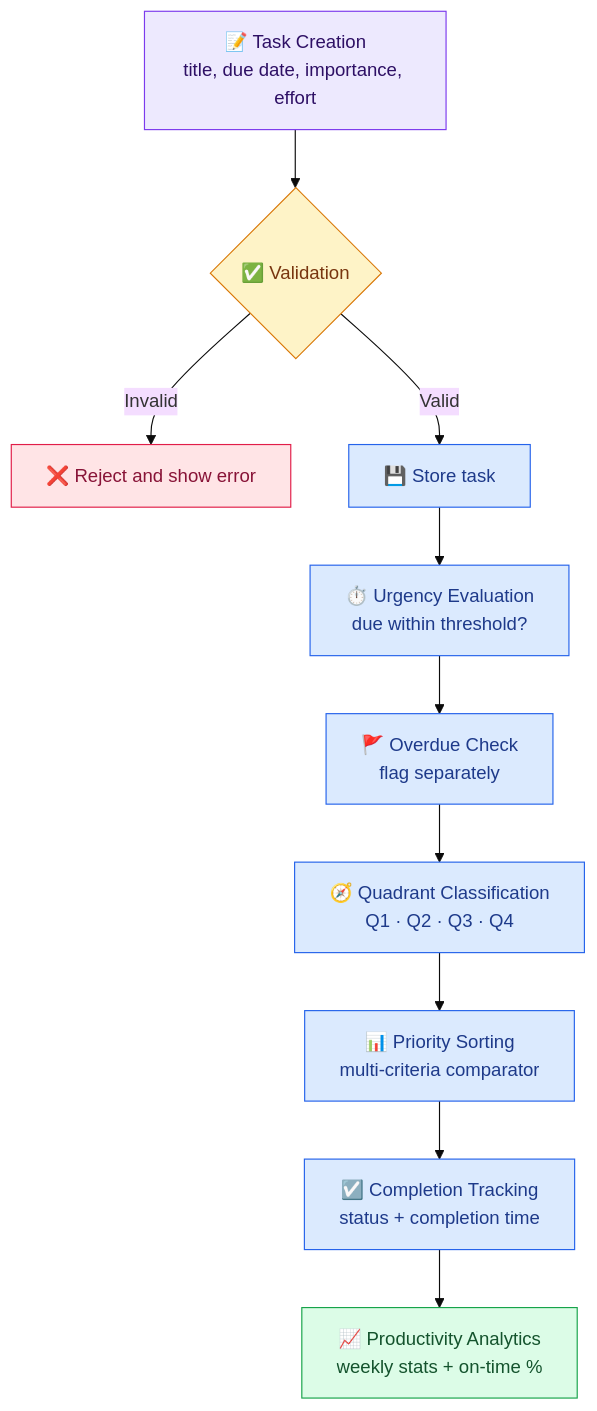
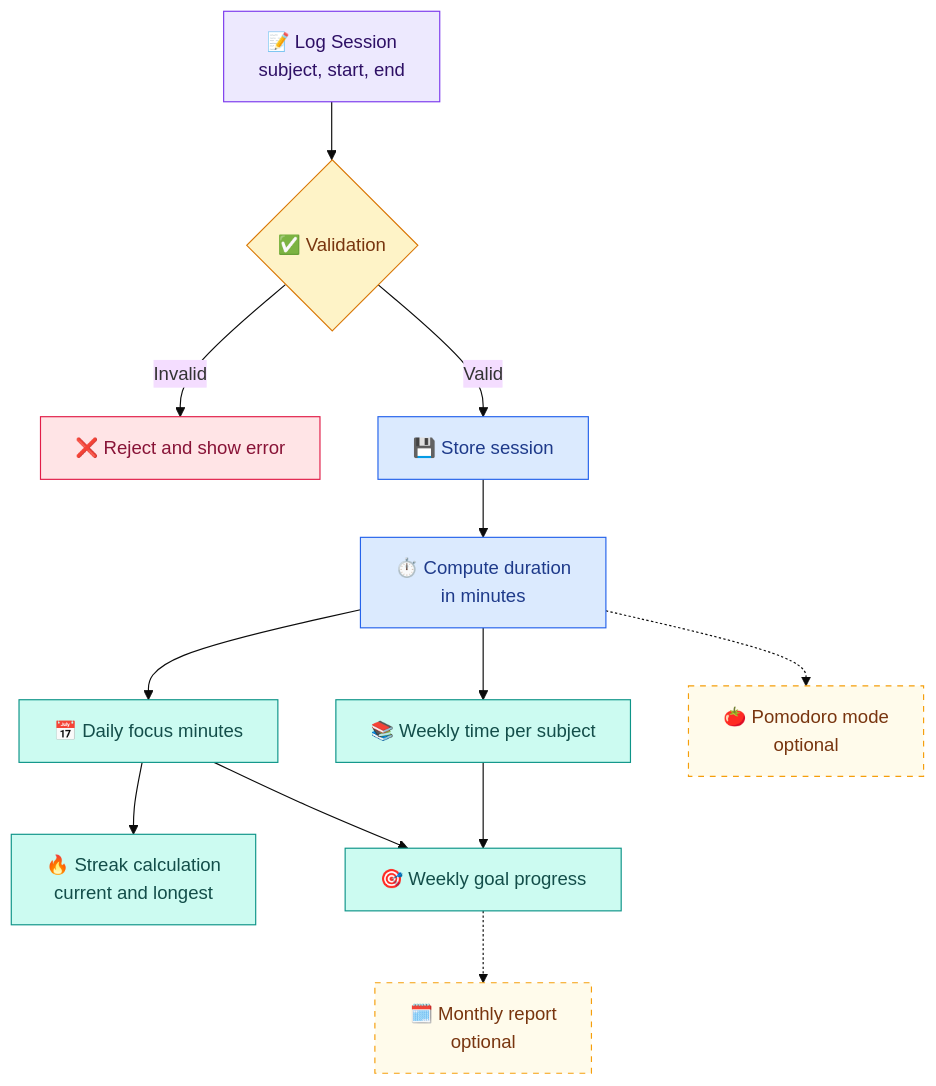
Before and after one commit to sushantshetty09/FocusFlow: the first of 2 diagrams in README.md, drawn with Mermaid (base theme). The commit also changed other lines of this file, not shown here.

First line of the commit message:
Rename project to FocusFlow and update details

````diff
--- a/README.md
+++ b/README.md
@@ -98,24 +73,28 @@
 ```mermaid
 flowchart TD
-    A["📝 Task Creation<br/>title, due date, importance, effort"] --> B{"✅ Validation"}
+    A["📝 Log Session<br/>subject, start, end"] --> B{"✅ Validation"}
     B -- Invalid --> X["❌ Reject and show error"]
-    B -- Valid --> C["💾 Store task"]
-    C --> D["⏱️ Urgency Evaluation<br/>due within threshold?"]
-    D --> E["🚩 Overdue Check<br/>flag separately"]
-    E --> F["🧭 Quadrant Classification<br/>Q1 · Q2 · Q3 · Q4"]
-    F --> G["📊 Priority Sorting<br/>multi-criteria comparator"]
-    G --> H["☑️ Completion Tracking<br/>status + completion time"]
-    H --> I["📈 Productivity Analytics<br/>weekly stats + on-time %"]
+    B -- Valid --> C["💾 Store session"]
+    C --> D["⏱️ Compute duration<br/>in minutes"]
+    D --> E["📅 Daily focus minutes"]
+    D --> F["📚 Weekly time per subject"]
+    E --> G["🔥 Streak calculation<br/>current and longest"]
+    E --> H["🎯 Weekly goal progress"]
+    F --> H
+    D -.-> P["🍅 Pomodoro mode<br/>optional"]
+    H -.-> M["🗓️ Monthly report<br/>optional"]
 
     classDef input fill:#EDE9FE,stroke:#7C3AED,color:#2E1065
     classDef process fill:#DBEAFE,stroke:#2563EB,color:#1E3A8A
     classDef decision fill:#FEF3C7,stroke:#D97706,color:#78350F
     classDef error fill:#FFE4E6,stroke:#E11D48,color:#881337
-    classDef output fill:#DCFCE7,stroke:#16A34A,color:#14532D
+    classDef output fill:#CCFBF1,stroke:#0D9488,color:#134E4A
+    classDef stretch fill:#FFFBEB,stroke:#F59E0B,color:#78350F,stroke-dasharray: 5 5
 
     class A input
     class B decision
     class X error
-    class C,D,E,F,G,H process
-    class I output
+    class C,D process
+    class E,F,G,H output
+    class P,M stretch
 ```
````
